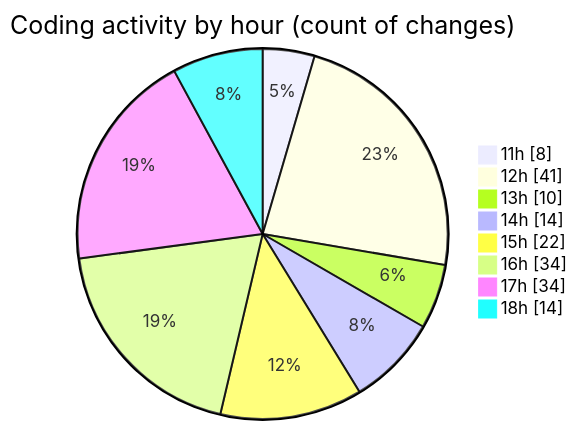
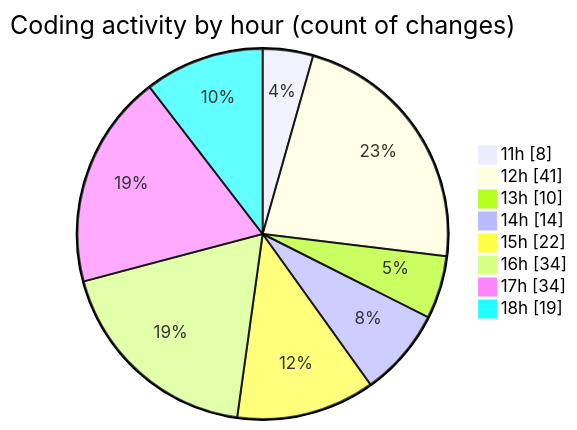
Before and after one commit to BS-eng2023/code-tracking: the second of 2 diagrams in 2025-05-04/project/README.md, drawn with Mermaid. The commit also changed other lines of this file and 1 other file, not shown here.

````diff
--- a/2025-05-04/project/README.md
+++ b/2025-05-04/project/README.md
@@ -54,12 +54,12 @@
 ```mermaid
 pie showData
 title Coding activity by hour (count of changes)
 "11h" : 8
 "12h" : 41
 "13h" : 10
 "14h" : 14
 "15h" : 22
 "16h" : 34
 "17h" : 34
-"18h" : 14
+"18h" : 19
 ```
````
